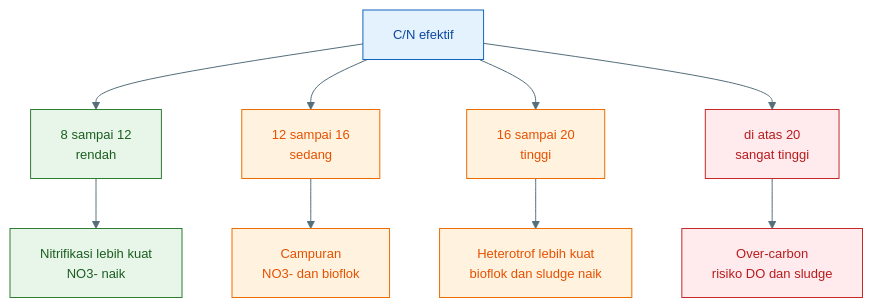
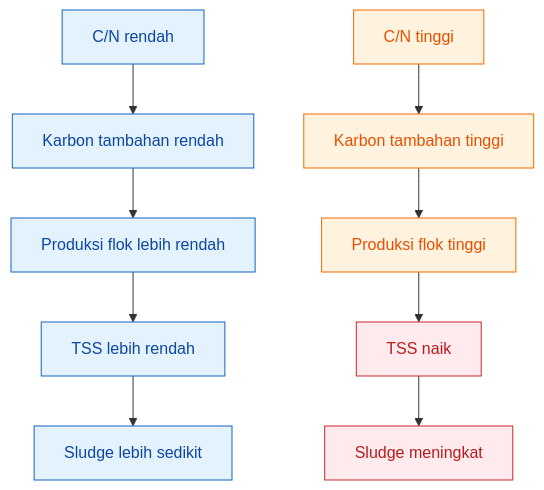
Before and after one commit to slametsampon/kawruhnology: the tenth of 22 diagrams in content/blog/agri/perikanan/ratio-cn-rendah-biflok.mdx, drawn with Mermaid. The commit also changed other lines of this file, not shown here.

Commit message:
update ratio-cn-rendah

````diff
--- a/content/blog/agri/perikanan/ratio-cn-rendah-biflok.mdx
+++ b/content/blog/agri/perikanan/ratio-cn-rendah-biflok.mdx
@@ -2189,36 +1438,21 @@
-```mermaid id="rezim-cn-efektif"
-%%{init: {'theme':'base','themeVariables':{
-'primaryColor':'#E3F2FD',
-'primaryTextColor':'#0D47A1',
-'primaryBorderColor':'#1565C0',
-'secondaryColor':'#E8F5E9',
-'secondaryTextColor':'#1B5E20',
-'secondaryBorderColor':'#2E7D32',
-'tertiaryColor':'#FFF3E0',
-'tertiaryTextColor':'#E65100',
-'tertiaryBorderColor':'#EF6C00',
-'lineColor':'#546E7A',
-'fontSize':'13px'
-}}}%%
+```mermaid id="qu7awf"
 flowchart TD
-    A["C/N efektif"] --> B["8 sampai 12<br/>rendah"]
-    A --> C["12 sampai 16<br/>sedang"]
-    A --> D["16 sampai 20<br/>tinggi"]
-    A --> E["di atas 20<br/>sangat tinggi"]
+    A["C/N rendah"] --> B["Karbon tambahan rendah"]
+    B --> C["Produksi flok lebih rendah"]
+    C --> D["TSS lebih rendah"]
+    D --> E["Sludge lebih sedikit"]
 
-    B --> F["Nitrifikasi lebih kuat<br/>NO3- naik"]
-    C --> G["Campuran<br/>NO3- dan bioflok"]
-    D --> H["Heterotrof lebih kuat<br/>bioflok dan sludge naik"]
-    E --> I["Over-carbon<br/>risiko DO dan sludge"]
+    F["C/N tinggi"] --> G["Karbon tambahan tinggi"]
+    G --> H["Produksi flok tinggi"]
+    H --> I["TSS naik"]
+    I --> J["Sludge meningkat"]
 
-    classDef root fill:#E3F2FD,stroke:#1565C0,color:#0D47A1;
-    classDef aman fill:#E8F5E9,stroke:#2E7D32,color:#1B5E20;
-    classDef sedang fill:#FFF3E0,stroke:#EF6C00,color:#E65100;
-    classDef risiko fill:#FFEBEE,stroke:#C62828,color:#B71C1C;
+    classDef low fill:#e3f2fd,stroke:#1565c0,color:#0d47a1;
+    classDef high fill:#fff3e0,stroke:#ef6c00,color:#e65100;
+    classDef risk fill:#ffebee,stroke:#c62828,color:#b71c1c;
+    classDef good fill:#e8f5e9,stroke:#2e7d32,color:#1b5e20;
 
-    class A root;
-    class B,F aman;
-    class C,G sedang;
-    class D,H sedang;
-    class E,I risiko;
+    class A,B,C,D,E low;
+    class F,G,H high;
+    class I,J risk;
 ```
````
